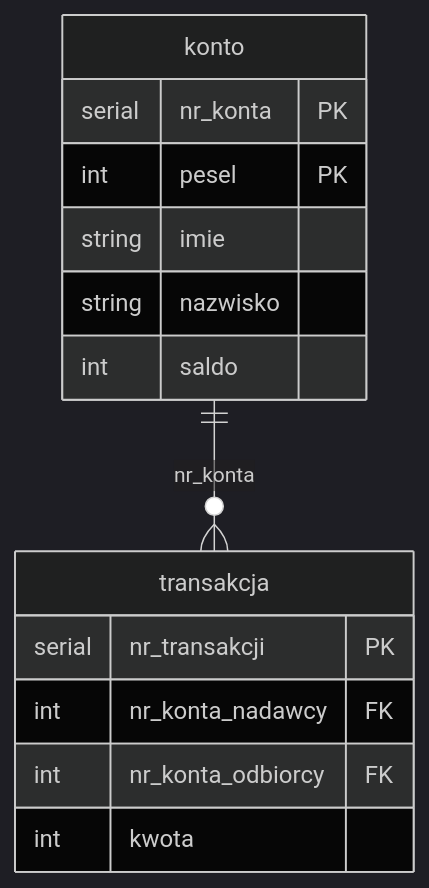
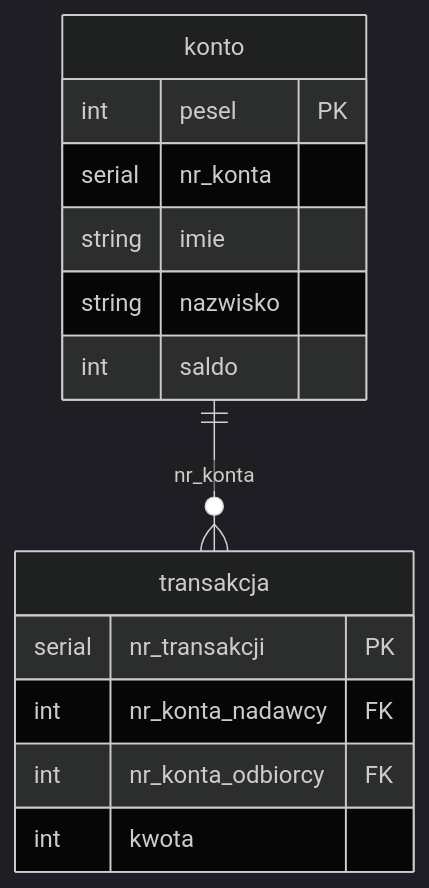
One commit to martafigurska/MIniBank changed the diagram in README.md. Above: the diagram before and after it, drawn with Mermaid (dark theme).

Commit message:
readme db update

````diff
--- a/README.md
+++ b/README.md
@@ -8,20 +8,20 @@
 ```mermaid
 erDiagram
     konto {
-        serial nr_konta PK
         int pesel PK
+        serial nr_konta
         string imie
         string nazwisko
         int saldo
     }
 
     transakcja {
         serial nr_transakcji PK
         int nr_konta_nadawcy FK
         int nr_konta_odbiorcy FK
         int kwota
     }
 
     konto ||--o{ transakcja : "nr_konta"
 
 ```
````
